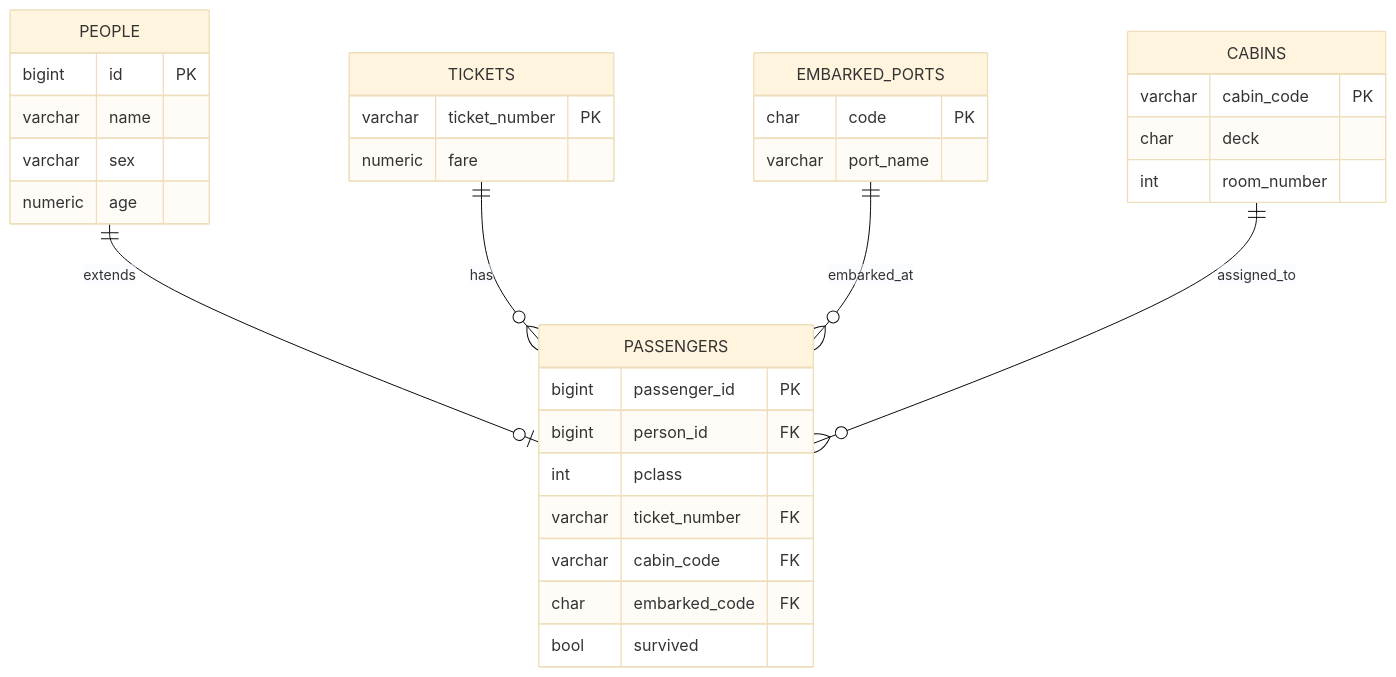
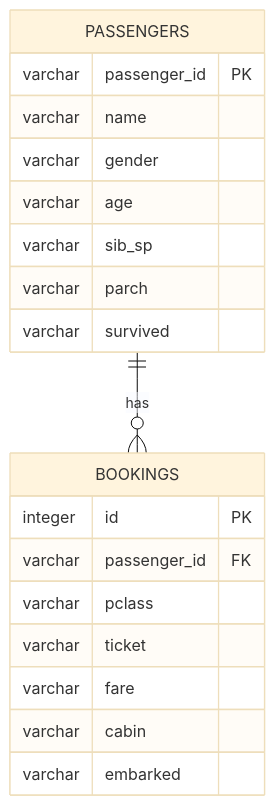
Before and after one commit to redoceanmap/com.minseok.api: the diagram in apps/titanic/_docs/titanic-erd.md, drawn with Mermaid (base theme). The commit also changed other lines of this file and 466 other files, not shown here.

````diff
--- a/apps/titanic/_docs/titanic-erd.md
+++ b/apps/titanic/_docs/titanic-erd.md
@@ -5,40 +5,24 @@
 ```mermaid
 erDiagram
-    PEOPLE ||--o| PASSENGERS : extends
-    TICKETS ||--o{ PASSENGERS : has
-    EMBARKED_PORTS ||--o{ PASSENGERS : embarked_at
-    CABINS ||--o{ PASSENGERS : assigned_to
+    PASSENGERS ||--o{ BOOKINGS : has
 
-    PEOPLE {
-        bigint id PK
+    PASSENGERS {
+        varchar passenger_id PK
         varchar name
-        varchar sex
-        numeric age
+        varchar gender
+        varchar age
+        varchar sib_sp
+        varchar parch
+        varchar survived
     }
 
-    PASSENGERS {
-        bigint passenger_id PK
-        bigint person_id FK
-        int pclass
-        varchar ticket_number FK
-        varchar cabin_code FK
-        char embarked_code FK
-        bool survived
-    }
-
-    TICKETS {
-        varchar ticket_number PK
-        numeric fare
-    }
-
-    CABINS {
-        varchar cabin_code PK
-        char deck
-        int room_number
-    }
-
-    EMBARKED_PORTS {
-        char code PK
-        varchar port_name
+    BOOKINGS {
+        integer id PK
+        varchar passenger_id FK
+        varchar pclass
+        varchar ticket
+        varchar fare
+        varchar cabin
+        varchar embarked
     }
 ```
````
